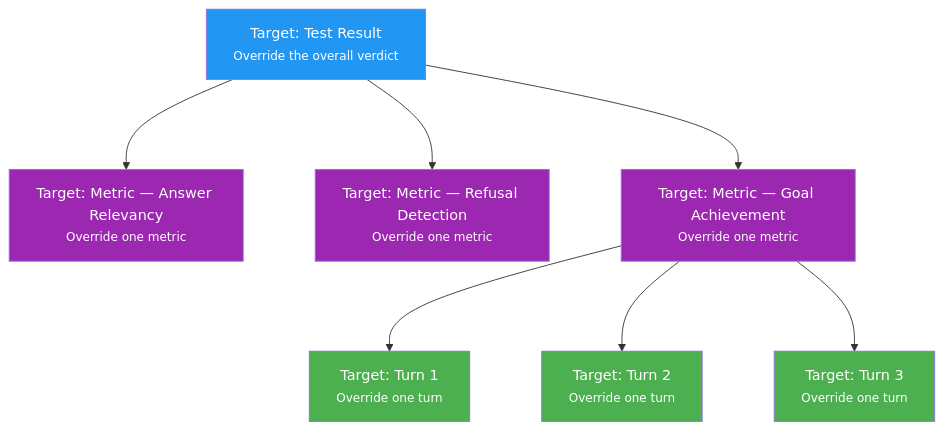
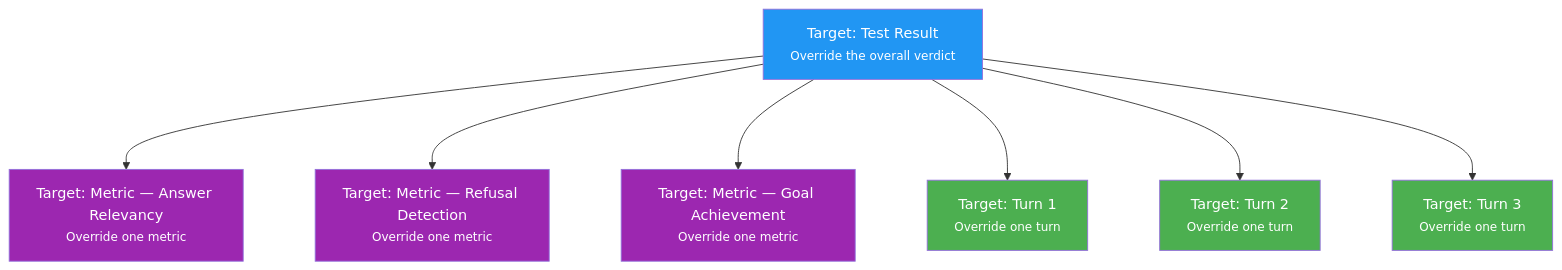
The diagram in docs/content/platform/test-reviews/index.mdx (rhesis-ai/rhesis), drawn with Mermaid before and after one commit. The commit also changed other lines of this file, not shown here.

````diff
--- a/docs/content/platform/test-reviews/index.mdx
+++ b/docs/content/platform/test-reviews/index.mdx
@@ -28,28 +28,28 @@
 ```mermaid
 %%{init: {'flowchart': {'nodeSpacing': 80, 'rankSpacing': 100}, 'themeVariables': {'fontSize': '16px'}}}%%
 graph TB
     TR["Target: Test Result<br/><small>Override the overall verdict</small>"]
 
     M1["Target: Metric — Answer Relevancy<br/><small>Override one metric</small>"]
     M2["Target: Metric — Refusal Detection<br/><small>Override one metric</small>"]
     M3["Target: Metric — Goal Achievement<br/><small>Override one metric</small>"]
 
     T1["Target: Turn 1<br/><small>Override one turn</small>"]
     T2["Target: Turn 2<br/><small>Override one turn</small>"]
     T3["Target: Turn 3<br/><small>Override one turn</small>"]
 
     TR --> M1
     TR --> M2
     TR --> M3
-    M3 --> T1
-    M3 --> T2
-    M3 --> T3
+    TR --> T1
+    TR --> T2
+    TR --> T3
 
     style TR fill:#2196F3,color:#fff
     style M1 fill:#9c27b0,color:#fff
     style M2 fill:#9c27b0,color:#fff
     style M3 fill:#9c27b0,color:#fff
     style T1 fill:#4caf50,color:#fff
     style T2 fill:#4caf50,color:#fff
     style T3 fill:#4caf50,color:#fff
 ```
````
